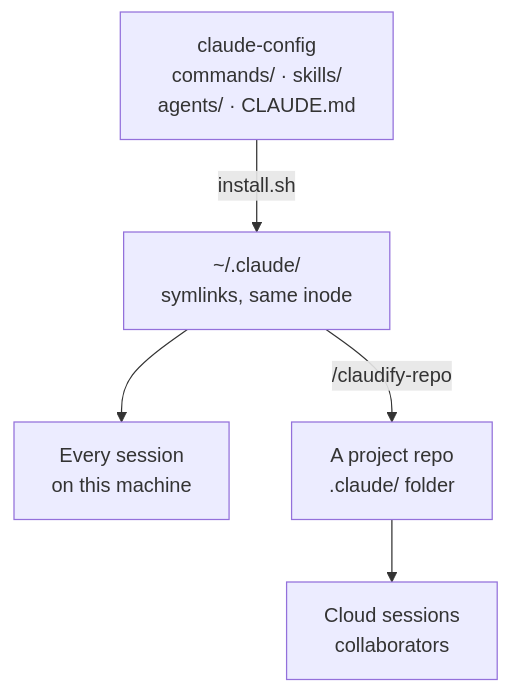
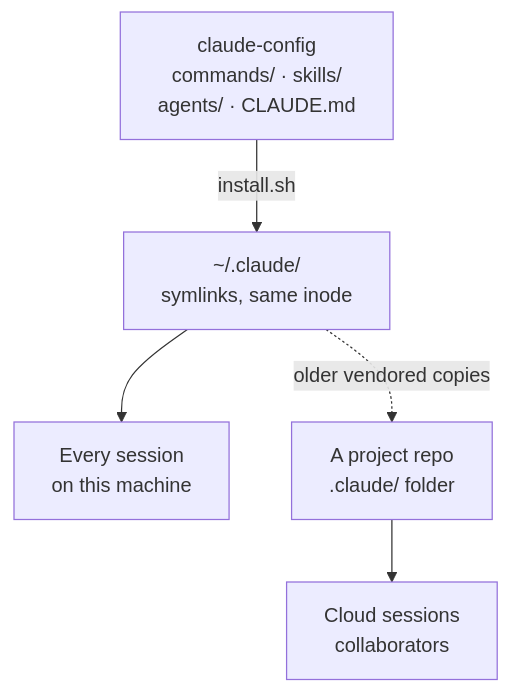
One commit to ksdisch/claude-config changed the diagram in README.md. Above: the diagram before and after it, drawn with Mermaid. The commit also changed other lines of this file and 120 other files, not shown here.

````diff
--- a/README.md
+++ b/README.md
@@ -52,13 +49,13 @@
 ```mermaid
 flowchart TD
     SRC["claude-config<br/>commands/ · skills/<br/>agents/ · CLAUDE.md"]
     HOME["~/.claude/<br/>symlinks, same inode"]
     SESSION["Every session<br/>on this machine"]
     PROJ["A project repo<br/>.claude/ folder"]
     ELSE["Cloud sessions<br/>collaborators"]
 
     SRC -->|"install.sh"| HOME
     HOME --> SESSION
-    HOME -->|"/claudify-repo"| PROJ
+    HOME -.->|"older vendored copies"| PROJ
     PROJ --> ELSE
 ```
````
